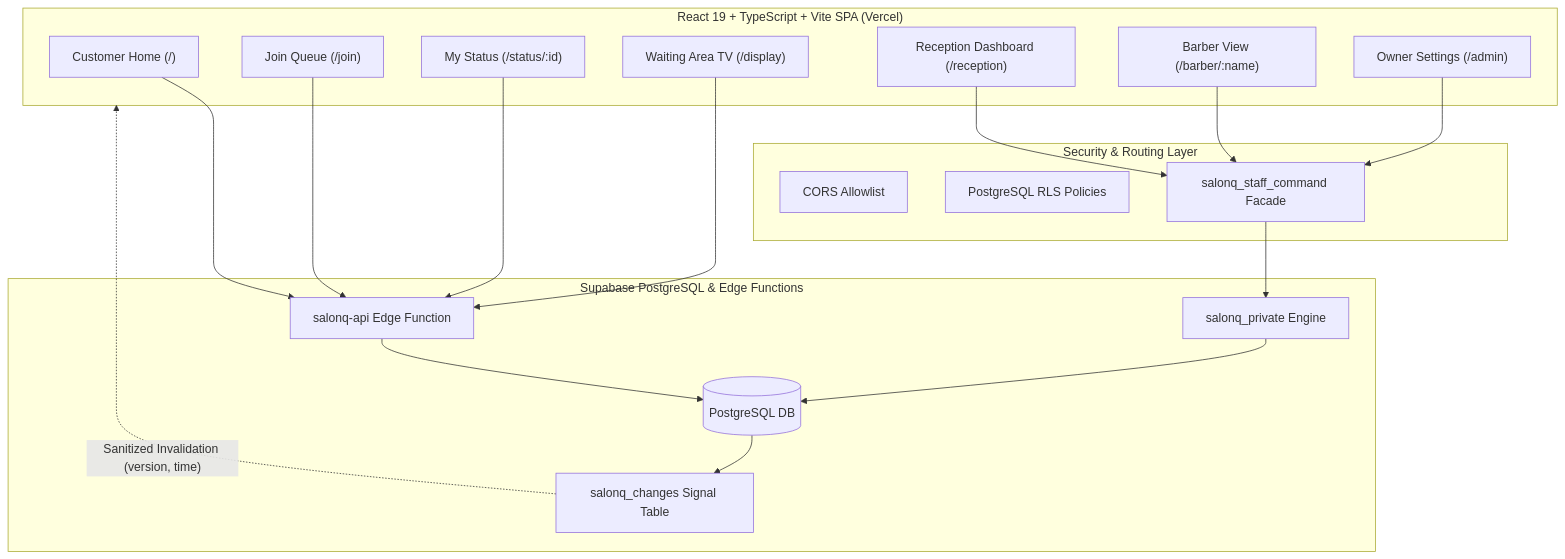
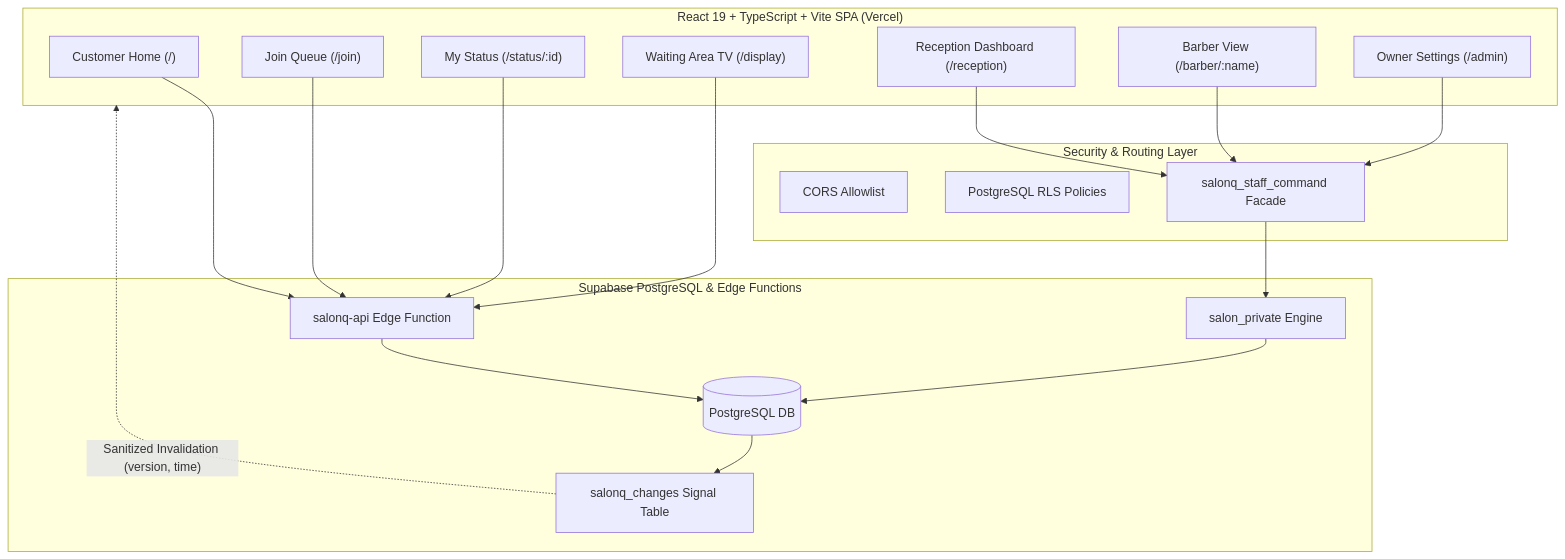
Before and after one commit to 202612019/Salon-Queue: the first of 2 diagrams in README.md, drawn with Mermaid. The commit also changed other lines of this file and 7 other files, not shown here.

````diff
--- a/README.md
+++ b/README.md
@@ -54,39 +54,39 @@
 ```mermaid
 flowchart TD
     subgraph Frontend["React 19 + TypeScript + Vite SPA (Vercel)"]
         Home["Customer Home (/)"]
         Join["Join Queue (/join)"]
         Status["My Status (/status/:id)"]
         TV["Waiting Area TV (/display)"]
         Reception["Reception Dashboard (/reception)"]
         Barber["Barber View (/barber/:name)"]
         Admin["Owner Settings (/admin)"]
     end
 
     subgraph Security["Security & Routing Layer"]
         CORS["CORS Allowlist"]
         RLS["PostgreSQL RLS Policies"]
         Facade["salonq_staff_command Facade"]
     end
 
     subgraph Backend["Supabase PostgreSQL & Edge Functions"]
         Edge["salonq-api Edge Function"]
         DB[(PostgreSQL DB)]
-        PrivateSchema["salonq_private Engine"]
+        PrivateSchema["salon_private Engine"]
         RealtimeFeed["salonq_changes Signal Table"]
     end
 
     Home --> Edge
     Join --> Edge
     Status --> Edge
     TV --> Edge
     Reception --> Facade
     Barber --> Facade
     Admin --> Facade
 
     Edge --> DB
     Facade --> PrivateSchema
     PrivateSchema --> DB
     DB --> RealtimeFeed
     RealtimeFeed -.->|"Sanitized Invalidation (version, time)"| Frontend
 ```
````
